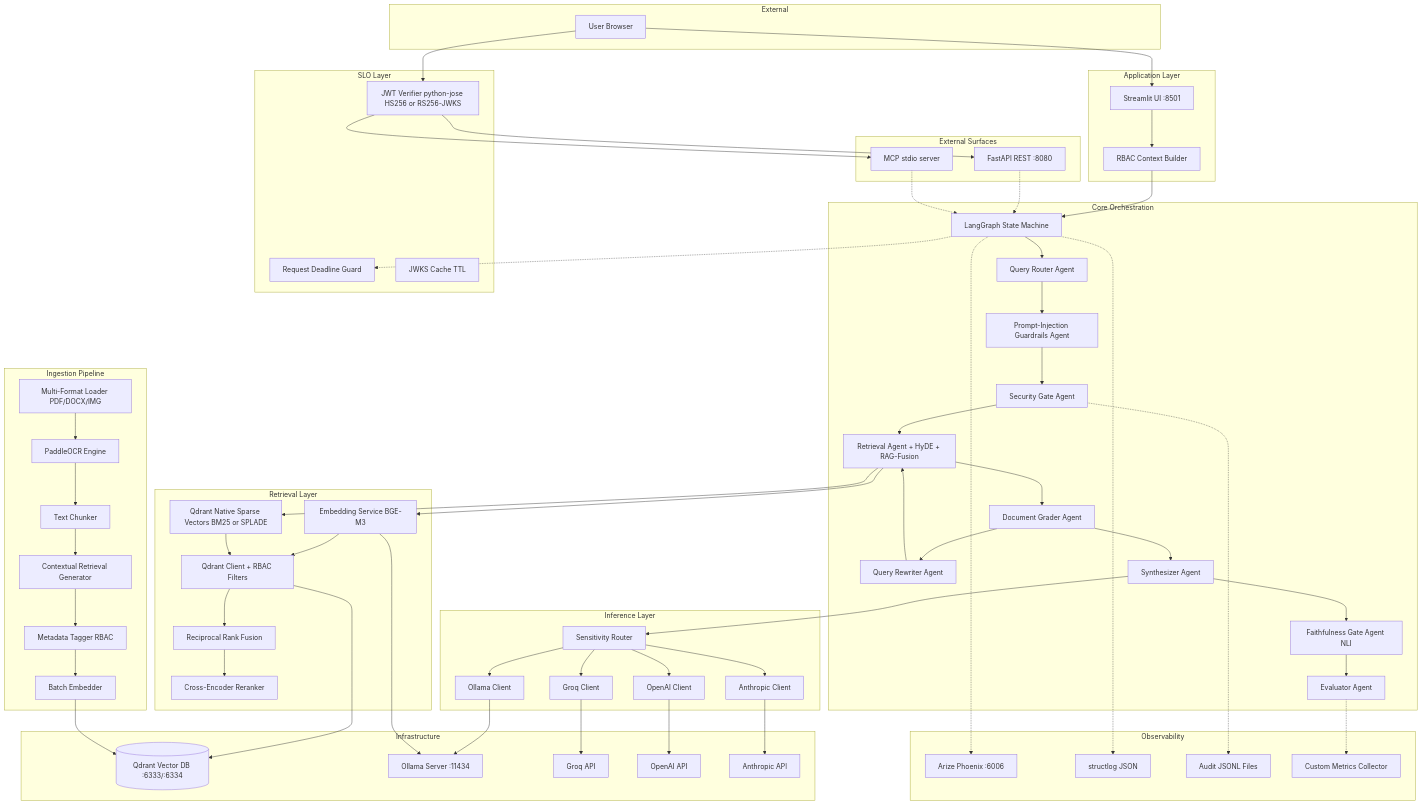
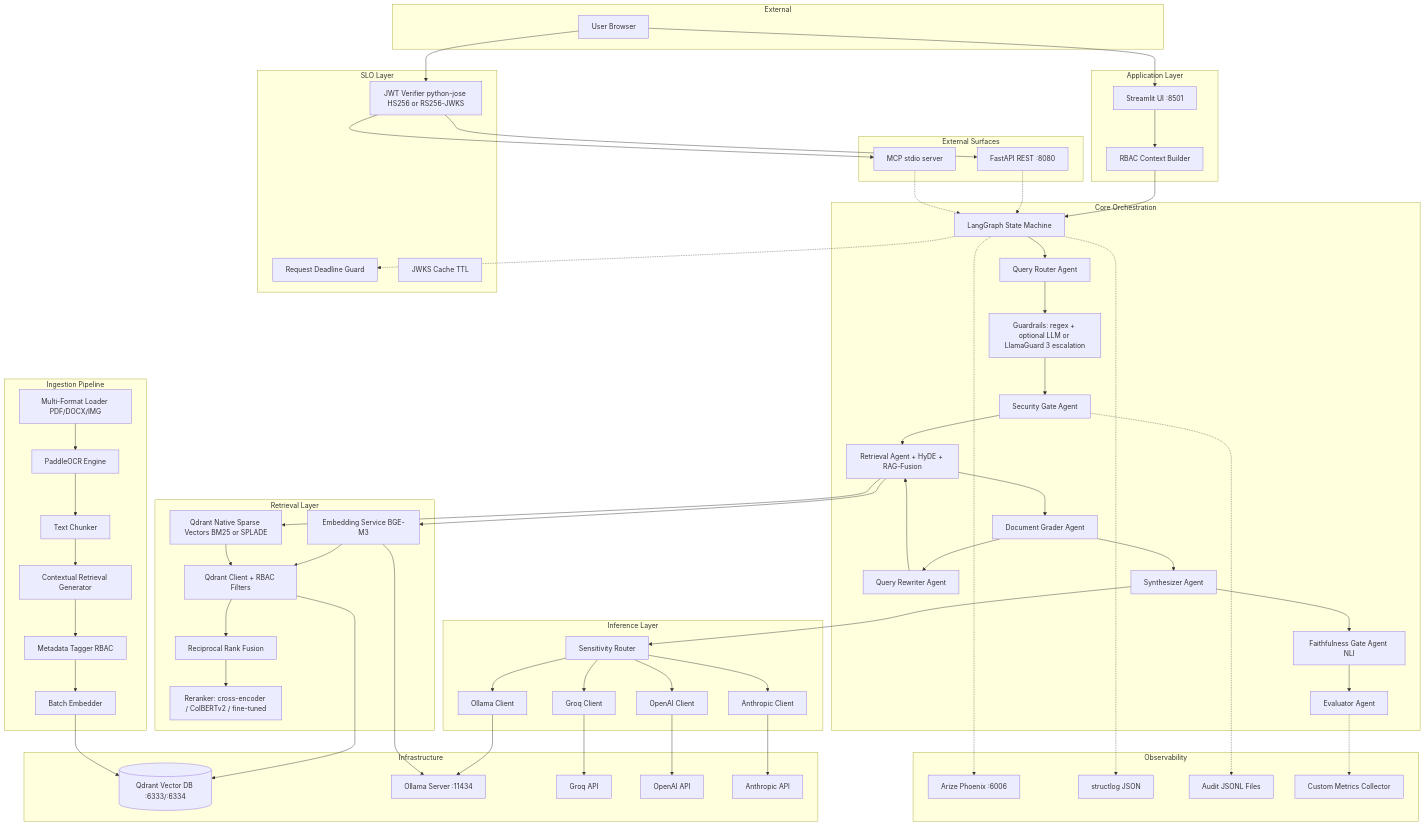
The first of 3 diagrams in architecture.md (moazmo/secureagentrag), drawn with Mermaid before and after one commit. The commit also changed 9 other files, not shown here.

First line of the commit message:
docs: full project sweep — refresh CLAUDE/AGENTS/README/RUNBOOK/architecture/env

```diff
--- a/architecture.md
+++ b/architecture.md
@@ -18,7 +18,7 @@
     subgraph Core Orchestration
         Graph[LangGraph State Machine]
         Router[Query Router Agent]
-        Guardrails[Prompt-Injection Guardrails Agent]
+        Guardrails[Guardrails: regex + optional LLM or LlamaGuard 3 escalation]
         Security[Security Gate Agent]
         Retriever[Retrieval Agent + HyDE + RAG-Fusion]
         Grader[Document Grader Agent]
@@ -43,7 +43,7 @@
         EmbedService[Embedding Service BGE-M3]
         Sparse[Qdrant Native Sparse Vectors BM25 or SPLADE]
         RRF[Reciprocal Rank Fusion]
-        Reranker[Cross-Encoder Reranker]
+        Reranker[Reranker: cross-encoder / ColBERTv2 / fine-tuned]
         QdrantClient[Qdrant Client + RBAC Filters]
     end
 
```
